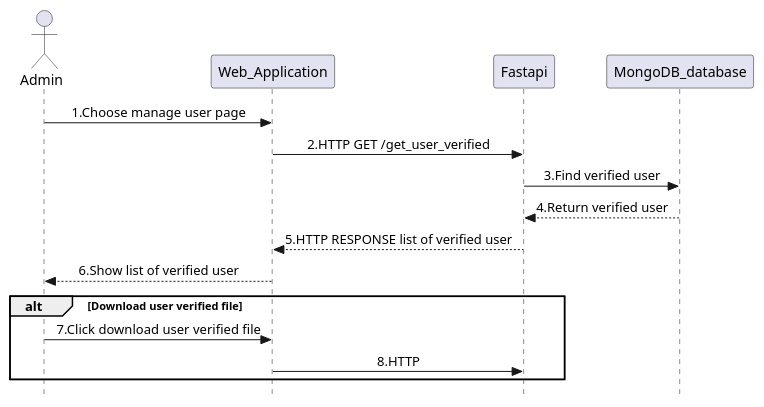
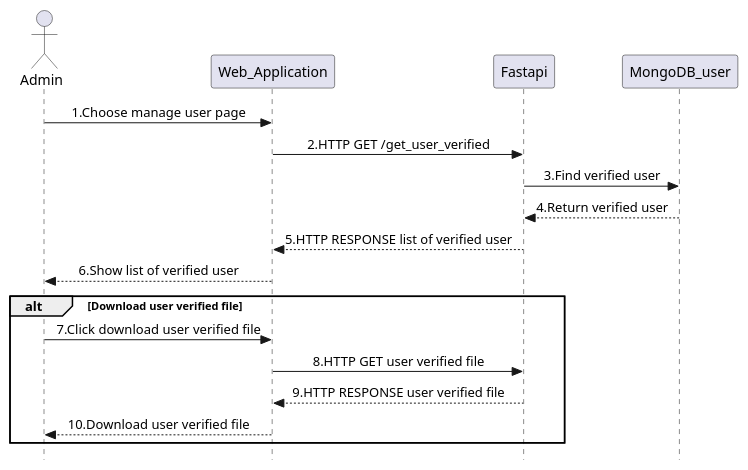
The diagram in Admin_viewManageUser.plantuml (pasin2545/sequence-diagram), drawn with PlantUML before and after one commit. The commit also changed 19 other files, not shown here.

Commit message:
update DB in sequence diagram

```diff
--- a/Admin_viewManageUser.plantuml
+++ b/Admin_viewManageUser.plantuml
@@ -1,18 +1,20 @@
 @startuml Roof_Surface_Admin_deleteUser
 skinparam Style strictuml
 skinparam SequenceMessageAlignment center
 actor Admin as admin
 participant Web_Application as web_app
 participant Fastapi as fastapi
-participant MongoDB_database as base
+participant MongoDB_user as user
 admin -> web_app : 1.Choose manage user page
 web_app -> fastapi : 2.HTTP GET /get_user_verified
-fastapi -> base : 3.Find verified user
-base --> fastapi : 4.Return verified user
+fastapi -> user : 3.Find verified user
+user --> fastapi : 4.Return verified user
 fastapi --> web_app : 5.HTTP RESPONSE list of verified user
 web_app --> admin : 6.Show list of verified user
 alt Download user verified file
 admin -> web_app : 7.Click download user verified file
-web_app -> fastapi : 8.HTTP
+web_app -> fastapi : 8.HTTP GET user verified file
+fastapi --> web_app : 9.HTTP RESPONSE user verified file
+web_app --> admin : 10.Download user verified file
 end
 @enduml
```
